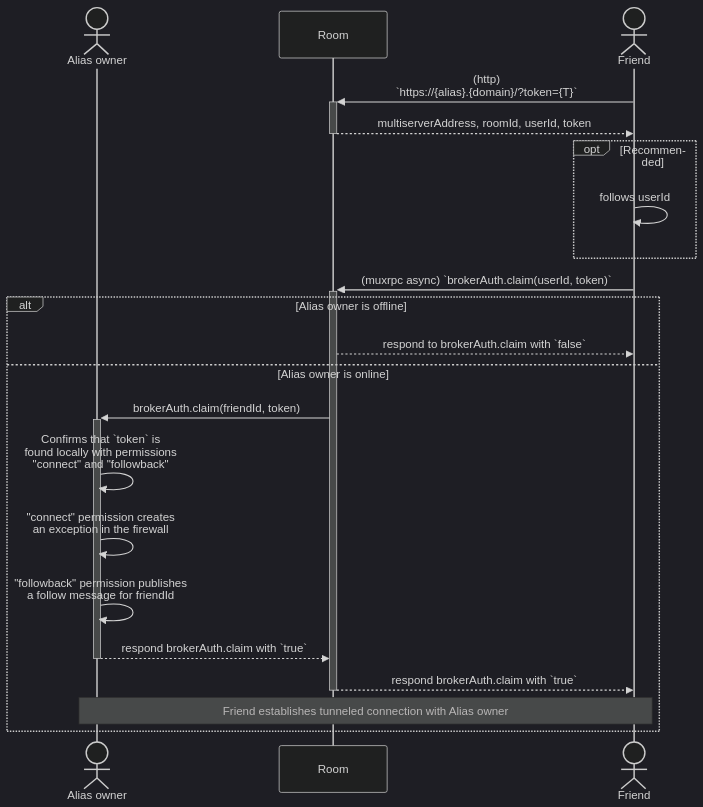
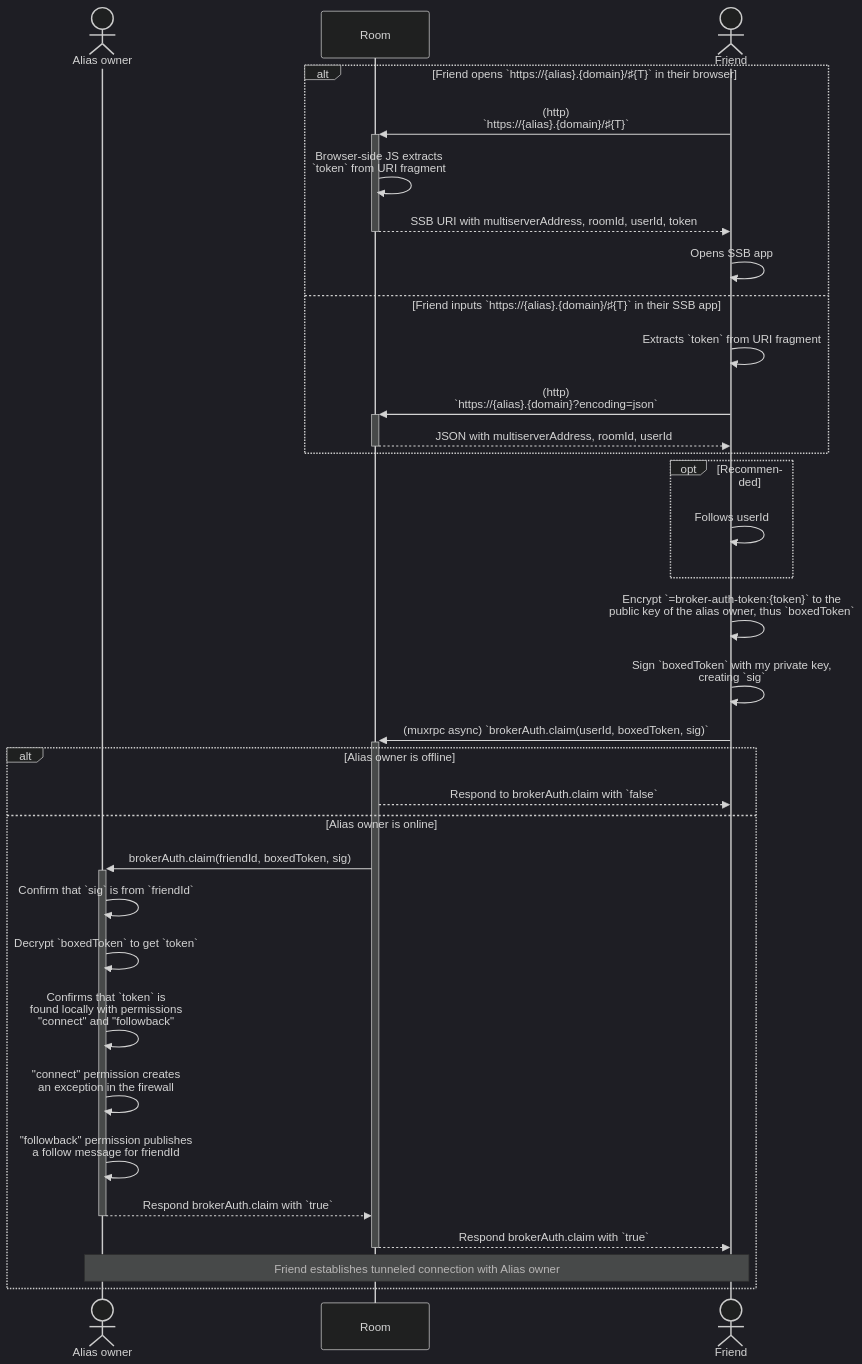
The second of 4 diagrams in content.md (staltz/ssb-room-broker-auth-spec), drawn with Mermaid (dark theme) before and after one commit. The commit also changed other lines of this file and 1 other file, not shown here.

````diff
--- a/content.md
+++ b/content.md
@@ -54,27 +46,40 @@
 ```mermaid
 sequenceDiagram
   actor A as Alias owner
   participant R as Room
   actor B as Friend
 
-  B->>+R: (http) <br/>`https://{alias}.{domain}/?token={T}`
-  R-->>-B: multiserverAddress, roomId, userId, token
-  opt Recommended
-   B->>B: follows userId
+  alt Friend opens `https://{alias}.{domain}/♯{T}` in their browser
+    B->>+R: (http) <br/>`https://{alias}.{domain}/♯{T}`
+    R->>R: Browser-side JS extracts<br/>`token` from URI fragment
+    R-->>-B: SSB URI with multiserverAddress, roomId, userId, token
+    B->>B: Opens SSB app
+  else Friend inputs `https://{alias}.{domain}/♯{T}` in their SSB app
+    B->>B: Extracts `token` from URI fragment
+    B->>+R: (http) <br/>`https://{alias}.{domain}?encoding=json`
+    R-->>-B: JSON with multiserverAddress, roomId, userId
   end
 
-  B->>+R: (muxrpc async) `brokerAuth.claim(userId, token)`
+  opt Recommended
+   B->>B: Follows userId
+  end
+
+  B->>B: Encrypt `=broker-auth-token:{token}` to the<br/>public key of the alias owner, thus `boxedToken`
+  B->>B: Sign `boxedToken` with my private key,<br/>creating `sig`
+  B->>+R: (muxrpc async) `brokerAuth.claim(userId, boxedToken, sig)`
 
   alt Alias owner is offline
-    R-->>B: respond to brokerAuth.claim with `false`
+    R-->>B: Respond to brokerAuth.claim with `false`
   else Alias owner is online
-    R->>+A: brokerAuth.claim(friendId, token)
+    R->>+A: brokerAuth.claim(friendId, boxedToken, sig)
+    A->>A: Confirm that `sig` is from `friendId`
+    A->>A: Decrypt `boxedToken` to get `token`
     A->>A: Confirms that `token` is<br/>found locally with permissions<br/>"connect" and "followback"
     A->>A: "connect" permission creates<br/>an exception in the firewall
     A->>A: "followback" permission publishes<br/>a follow message for friendId
-    A-->>-R: respond brokerAuth.claim with `true`
-    R-->>-B: respond brokerAuth.claim with `true`
+    A-->>-R: Respond brokerAuth.claim with `true`
+    R-->>-B: Respond brokerAuth.claim with `true`
 
     note over A,B: Friend establishes tunneled connection with Alias owner
   end
 ```
````
